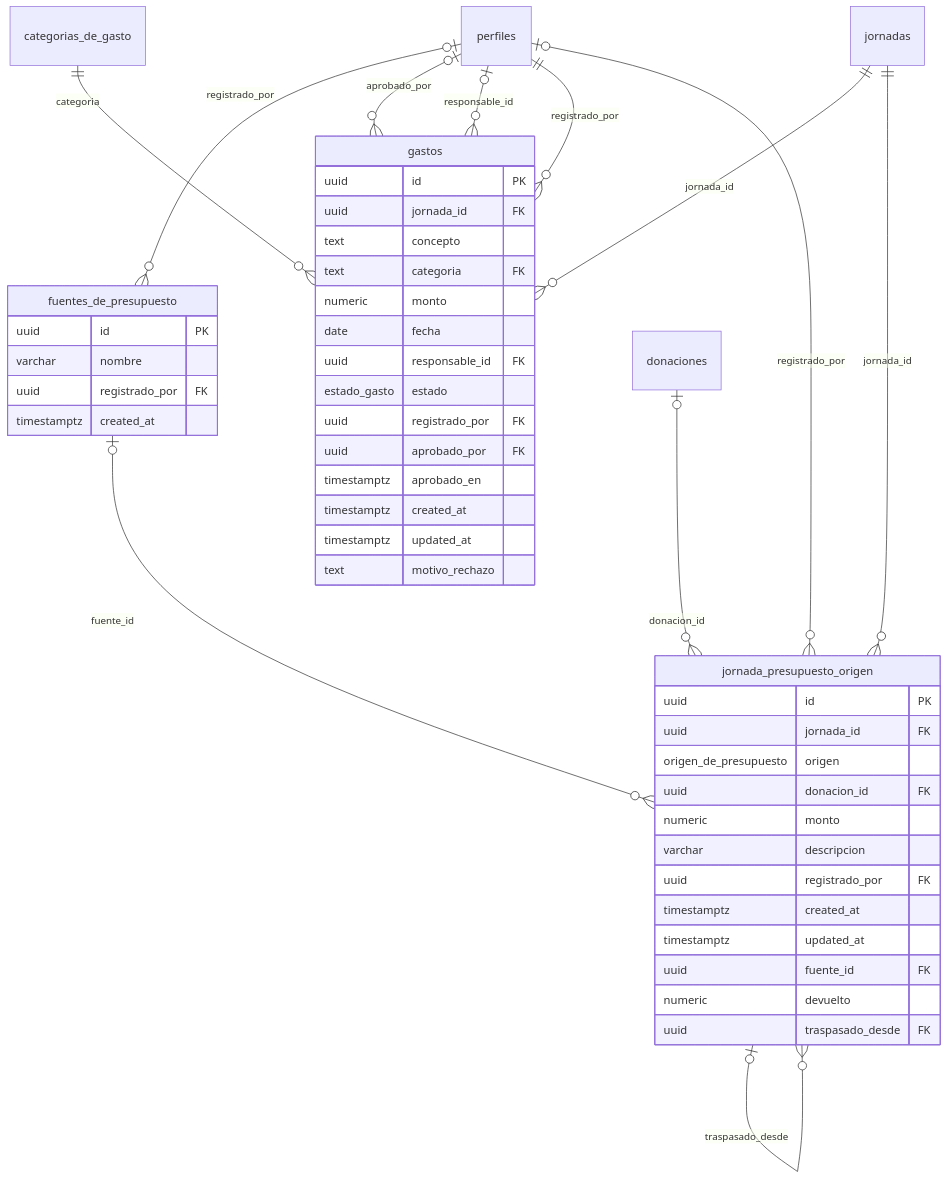
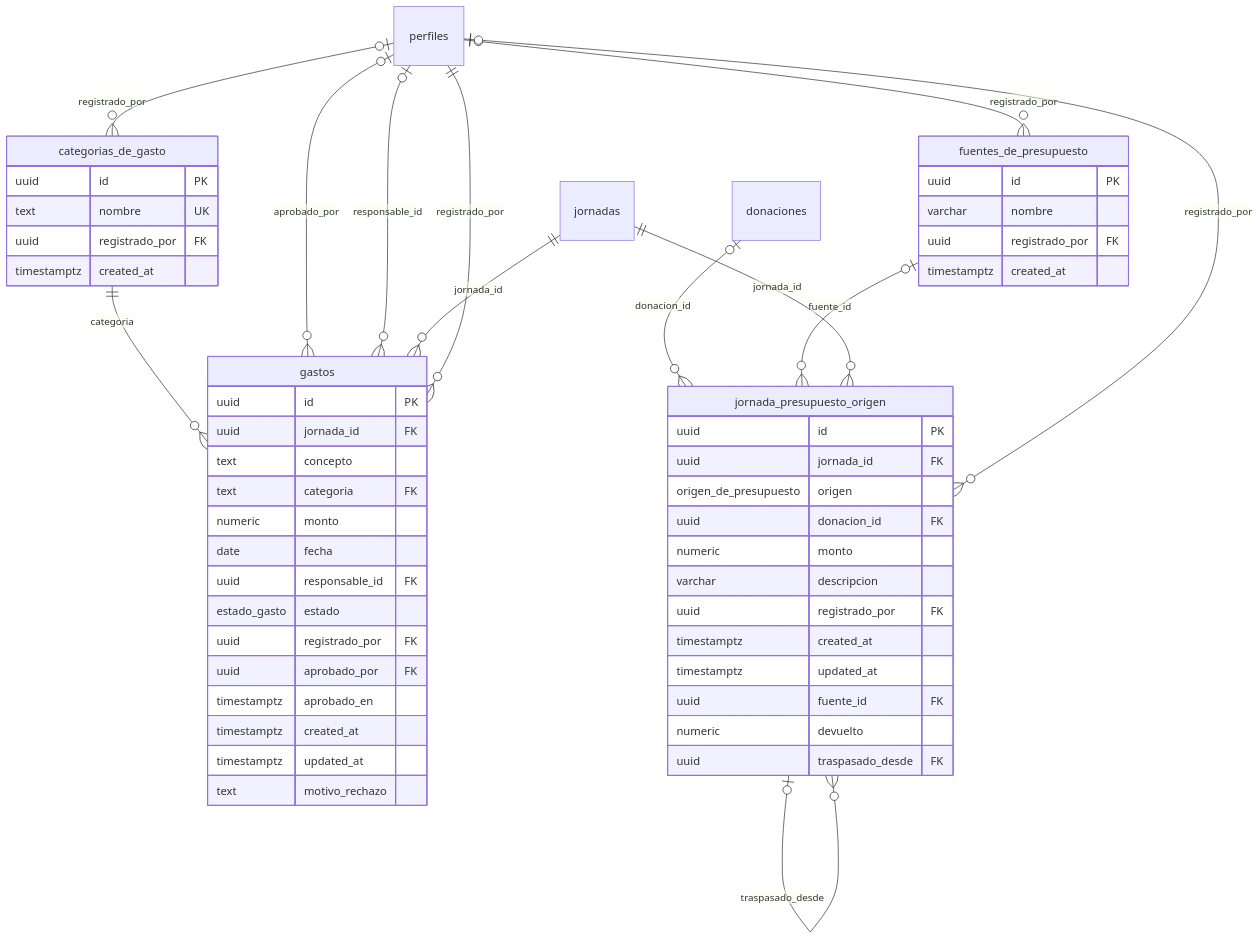
One commit to URL-ECOPAC/Ecopac-Digital changed the seventh of 10 diagrams in docs/DICCIONARIO-DE-DATOS.md. Above: the diagram before and after it, drawn with Mermaid. The commit also changed other lines of this file and 22 other files, not shown here.

````diff
--- a/docs/DICCIONARIO-DE-DATOS.md
+++ b/docs/DICCIONARIO-DE-DATOS.md
@@ -651,50 +646,57 @@
 ```mermaid
 erDiagram
   gastos {
     uuid id PK
     uuid jornada_id FK
     text concepto
     text categoria FK
     numeric monto
     date fecha
     uuid responsable_id FK
     estado_gasto estado
     uuid registrado_por FK
     uuid aprobado_por FK
     timestamptz aprobado_en
     timestamptz created_at
     timestamptz updated_at
     text motivo_rechazo
+  }
+  categorias_de_gasto {
+    uuid id PK
+    text nombre UK
+    uuid registrado_por FK
+    timestamptz created_at
   }
   fuentes_de_presupuesto {
     uuid id PK
     varchar nombre
     uuid registrado_por FK
     timestamptz created_at
   }
   jornada_presupuesto_origen {
     uuid id PK
     uuid jornada_id FK
     origen_de_presupuesto origen
     uuid donacion_id FK
     numeric monto
     varchar descripcion
     uuid registrado_por FK
     timestamptz created_at
     timestamptz updated_at
     uuid fuente_id FK
     numeric devuelto
     uuid traspasado_desde FK
   }
+  perfiles |o--o{ categorias_de_gasto : "registrado_por"
   perfiles |o--o{ fuentes_de_presupuesto : "registrado_por"
   categorias_de_gasto ||--o{ gastos : "categoria"
   perfiles |o--o{ gastos : "aprobado_por"
   perfiles |o--o{ gastos : "responsable_id"
   jornadas ||--o{ gastos : "jornada_id"
   perfiles ||--o{ gastos : "registrado_por"
   donaciones |o--o{ jornada_presupuesto_origen : "donacion_id"
   fuentes_de_presupuesto |o--o{ jornada_presupuesto_origen : "fuente_id"
   jornadas ||--o{ jornada_presupuesto_origen : "jornada_id"
   perfiles |o--o{ jornada_presupuesto_origen : "registrado_por"
   jornada_presupuesto_origen |o--o{ jornada_presupuesto_origen : "traspasado_desde"
 ```
````
